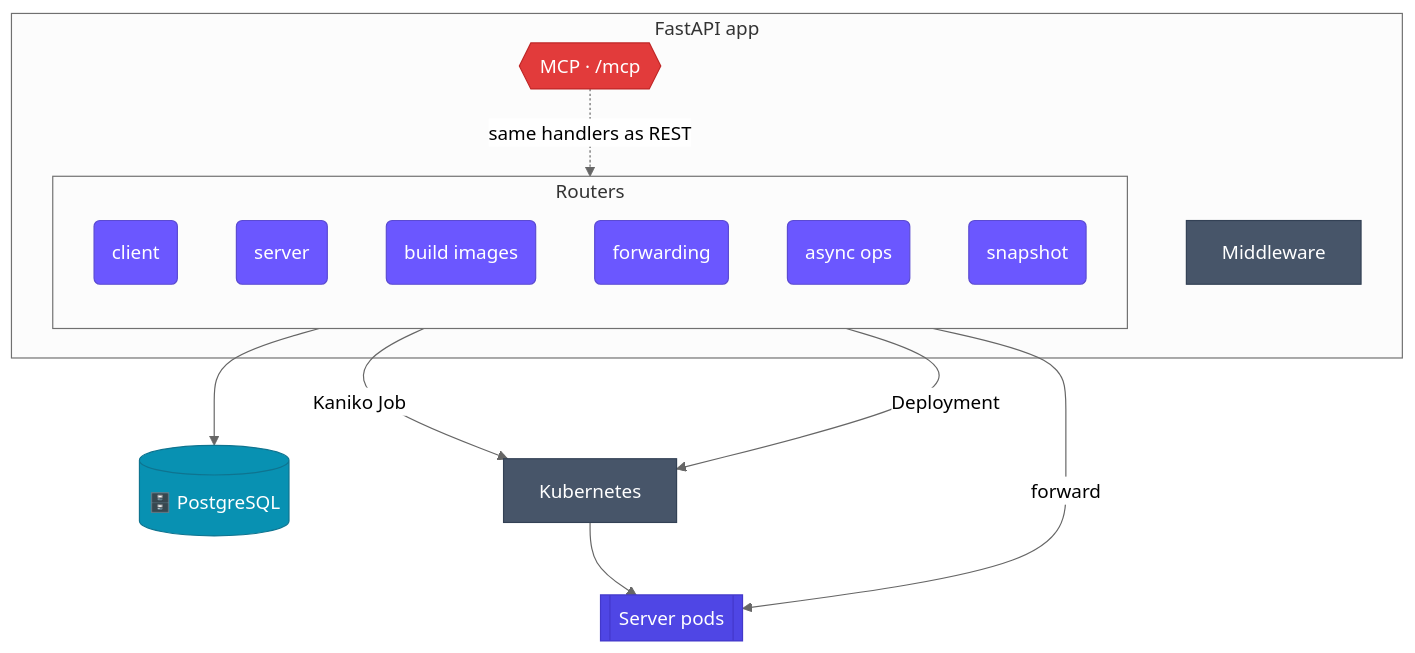
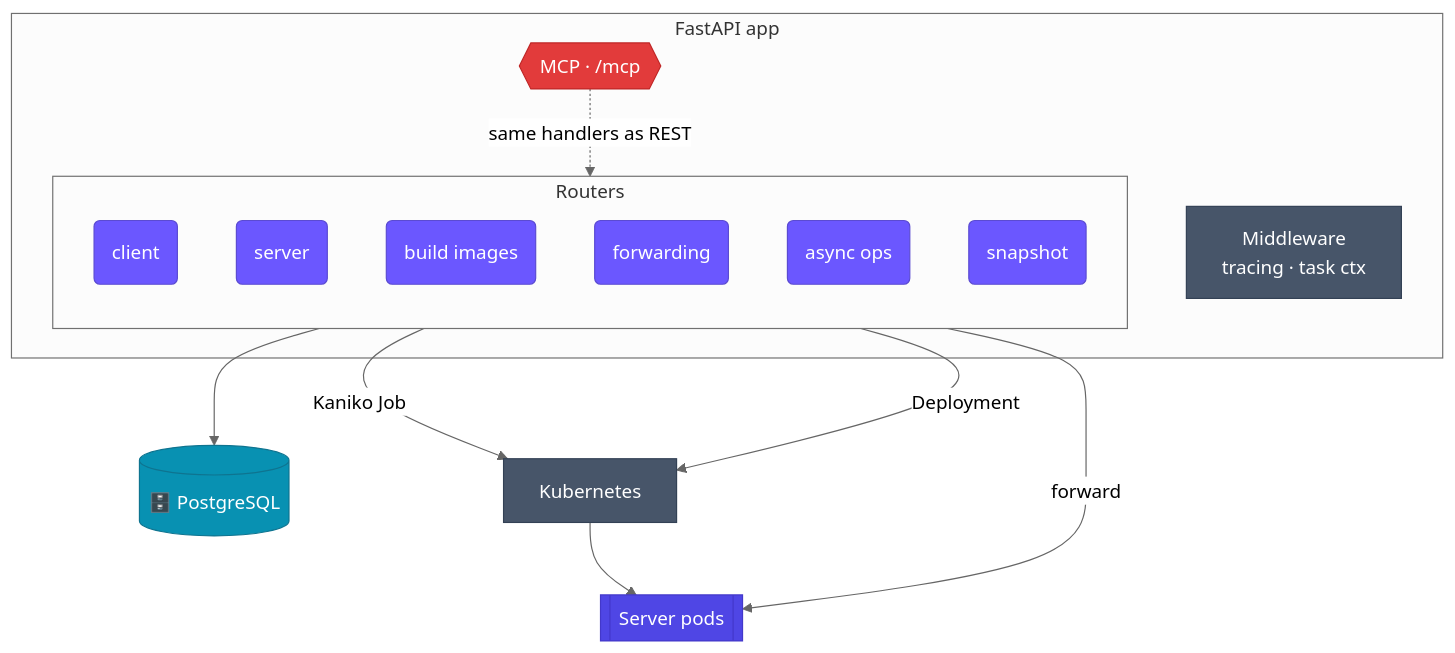
One commit to JetBrains-Research/idegym changed the diagram in website/docs/architecture/orchestrator.md. Above: the diagram before and after it, drawn with Mermaid (neutral theme). The commit also changed 5 other files, not shown here.

First line of the commit message:
[JBRes-9938] diagrams: restore trimmed labels + convert plugins ASCII to mermaid

````diff
--- a/website/docs/architecture/orchestrator.md
+++ b/website/docs/architecture/orchestrator.md
@@ -15,40 +15,40 @@
 ```mermaid
 flowchart TB
     subgraph app["FastAPI app"]
-        mw["Middleware"]:::infra
+        mw["Middleware<br/>tracing · task ctx"]:::infra
         subgraph routers["Routers"]
             direction TB
             rc("client"):::ctrl
             rs("server"):::ctrl
             rb("build images"):::ctrl
             rf("forwarding"):::ctrl
             ra("async ops"):::ctrl
             rsnap("snapshot"):::ctrl
         end
         mcp{{"MCP · /mcp"}}:::tool
     end
     pg[("🗄️ PostgreSQL")]:::store
     kapi["Kubernetes"]:::infra
     pods[["Server pods"]]:::pod
 
     routers --> pg
     rb -->|"Kaniko Job"| kapi
     rs -->|"Deployment"| kapi --> pods
     rf -->|"forward"| pods
     mcp -.->|"same handlers as REST"| routers
 
     classDef ctrl fill:#6b57ff,stroke:#5b4bd2,color:#fff;
     classDef tool fill:#e23b3b,stroke:#c02626,color:#fff;
     classDef store fill:#0891b2,stroke:#0e7490,color:#fff;
     classDef infra fill:#475569,stroke:#334155,color:#fff;
     classDef pod fill:#4f46e5,stroke:#4338ca,color:#fff;
 
     click rc "https://github.com/JetBrains-Research/idegym/blob/main/orchestrator/src/idegym/orchestrator/router/client.py" "client router source"
     click rs "https://github.com/JetBrains-Research/idegym/blob/main/orchestrator/src/idegym/orchestrator/router/server.py" "server router source"
     click rb "https://github.com/JetBrains-Research/idegym/blob/main/orchestrator/src/idegym/orchestrator/router/build_images.py" "build_images router source"
     click rf "https://github.com/JetBrains-Research/idegym/blob/main/orchestrator/src/idegym/orchestrator/router/forwarding.py" "forwarding router source"
     click ra "https://github.com/JetBrains-Research/idegym/blob/main/orchestrator/src/idegym/orchestrator/router/async_operation.py" "async_operation router source"
     click rsnap "https://github.com/JetBrains-Research/idegym/blob/main/orchestrator/src/idegym/orchestrator/router/snapshot.py" "snapshot router source"
     click mcp "https://github.com/JetBrains-Research/idegym/blob/main/orchestrator/src/idegym/orchestrator/mcp.py" "MCP server source"
     click pg "https://github.com/JetBrains-Research/idegym/blob/main/orchestrator/src/idegym/orchestrator/database" "database layer source"
 ```
````
